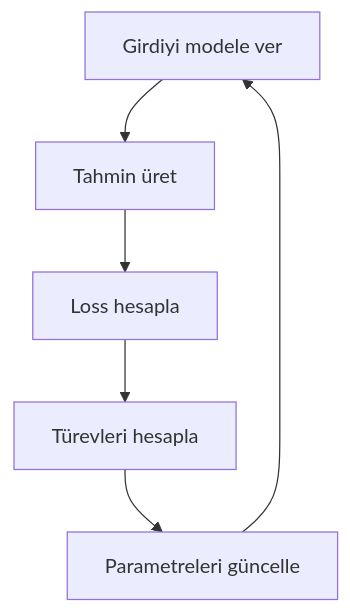
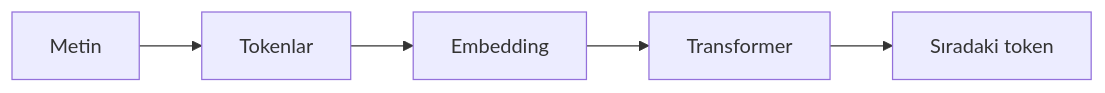
Before and after one commit to lhasanseker/yapay-zeka-nasil-calisir: the third of 5 diagrams in README.md, drawn with Mermaid. The commit also changed other lines of this file and 2 other files, not shown here.

````diff
--- a/README.md
+++ b/README.md
@@ -305,8 +315,7 @@
 ```mermaid
-flowchart TD
-    A["Girdiyi modele ver"] --> B["Tahmin üret"]
-    B --> C["Loss hesapla"]
-    C --> D["Türevleri hesapla"]
-    D --> E["Parametreleri güncelle"]
-    E --> A
+flowchart LR
+    A["Metin"] --> B["Tokenlar"]
+    B --> C["Embedding"]
+    C --> D["Transformer"]
+    D --> E["Sıradaki token"]
 ```
````
